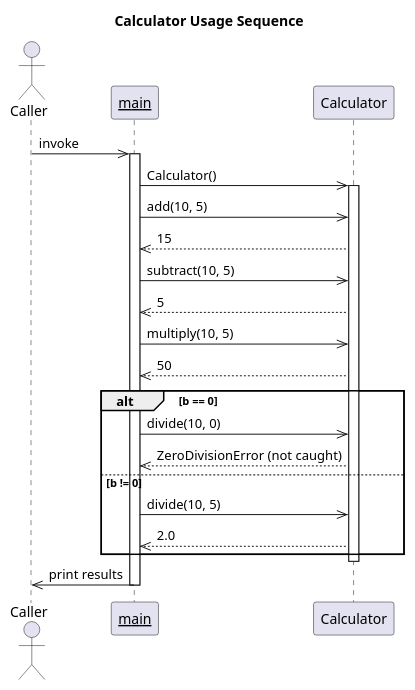
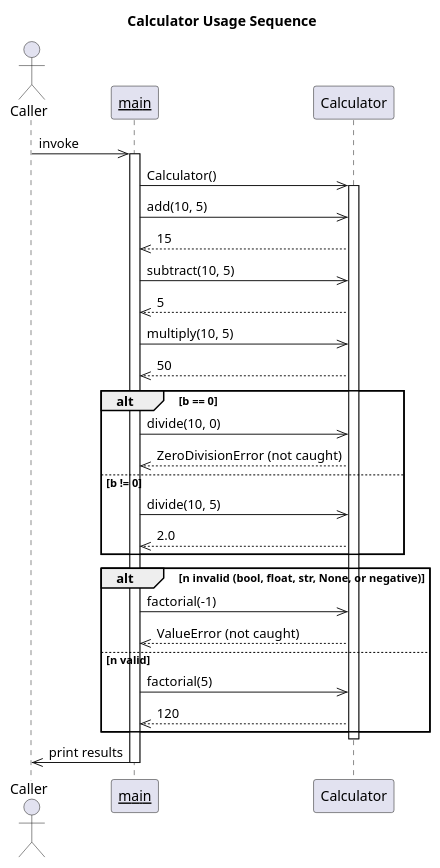
The diagram in artifacts/sequence_diagram.puml (DanielRiha8906/Calculator_bachelor_autoevolution_team), drawn with PlantUML before and after one commit. The commit also changed 3 other files, not shown here.

Commit message:
update diagrams: add factorial operation (issue #379)

```diff
--- a/artifacts/sequence_diagram.puml
+++ b/artifacts/sequence_diagram.puml
@@ -1,36 +1,44 @@
 @startuml
 title Calculator Usage Sequence
 
 actor Caller
 participant "__main__" as main
 participant "Calculator" as calc
 
 Caller ->> main : invoke
 activate main
 
 main ->> calc : Calculator()
 activate calc
 
 main ->> calc : add(10, 5)
 calc -->> main : 15
 
 main ->> calc : subtract(10, 5)
 calc -->> main : 5
 
 main ->> calc : multiply(10, 5)
 calc -->> main : 50
 
 alt b == 0
   main ->> calc : divide(10, 0)
   calc -->> main : ZeroDivisionError (not caught)
 else b != 0
   main ->> calc : divide(10, 5)
   calc -->> main : 2.0
 end
 
+alt n invalid (bool, float, str, None, or negative)
+  main ->> calc : factorial(-1)
+  calc -->> main : ValueError (not caught)
+else n valid
+  main ->> calc : factorial(5)
+  calc -->> main : 120
+end
+
 deactivate calc
 
 main ->> Caller : print results
 deactivate main
 
 @enduml
```
